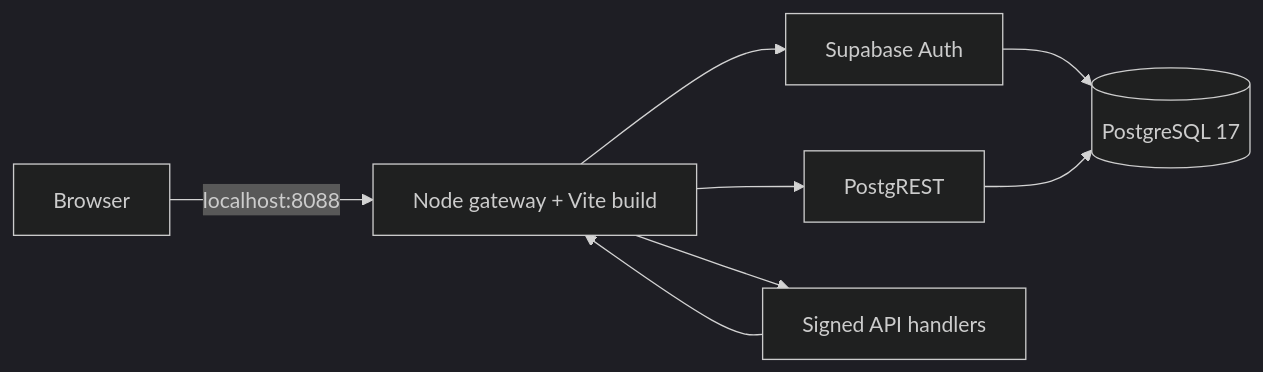
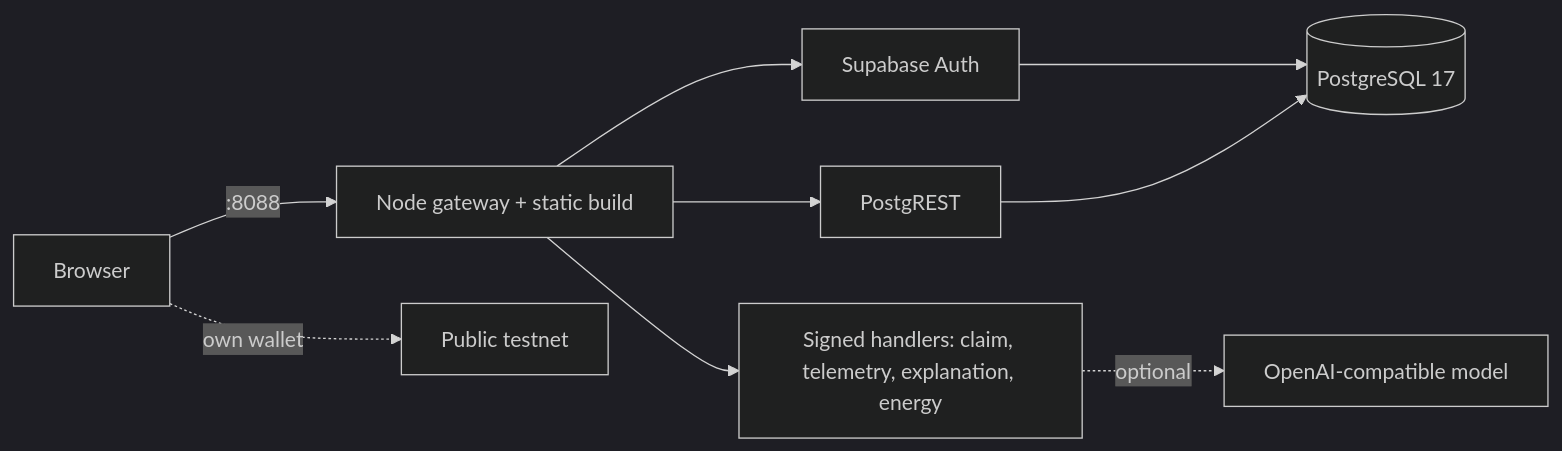
The diagram in README.md (Maliq-dlt/Smart-Argo), drawn with Mermaid (dark theme) before and after one commit. The commit also changed other lines of this file and 106 other files, not shown here.

````diff
--- a/README.md
+++ b/README.md
@@ -78,10 +50,11 @@
 ```mermaid
 flowchart LR
-    Browser[Browser] -->|localhost:8088| App[Node gateway + Vite build]
-    App --> Auth[Supabase Auth]
-    App --> REST[PostgREST]
-    App --> Handlers[Signed API handlers]
-    Handlers --> App
+    Browser -->|:8088| Gateway[Node gateway + static build]
+    Gateway --> Auth[Supabase Auth]
+    Gateway --> REST[PostgREST]
+    Gateway --> Handlers[Signed handlers: claim, telemetry, explanation, energy]
+    Handlers -.optional.-> AI[OpenAI-compatible model]
     Auth --> DB[(PostgreSQL 17)]
     REST --> DB
+    Browser -.own wallet.-> Chain[Public testnet]
 ```
````
